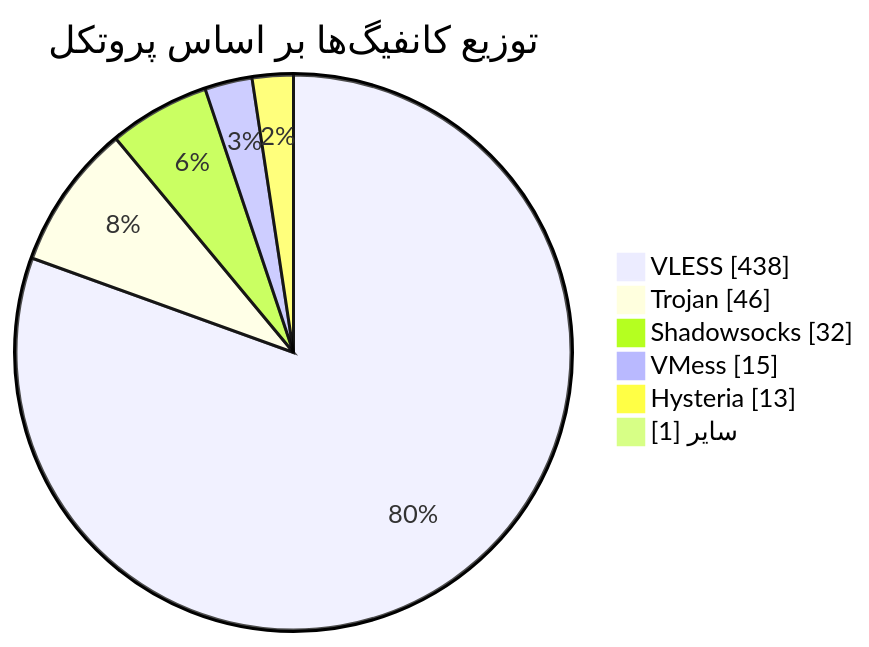
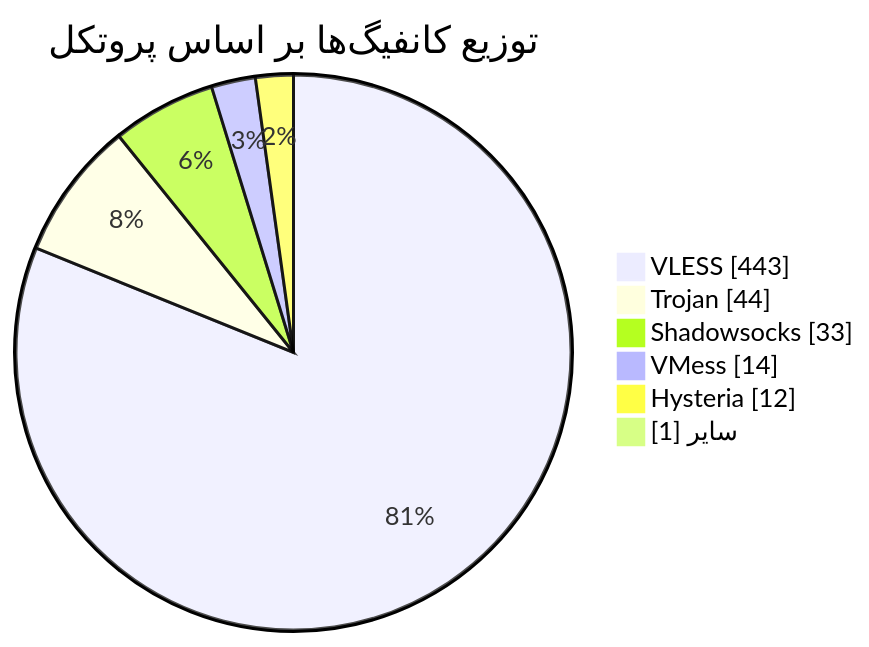
One commit to Arian-Alijani/Somthing changed the diagram in README.md. Above: the diagram before and after it, drawn with Mermaid. The commit also changed other lines of this file and 63 other files, not shown here.

````diff
--- a/README.md
+++ b/README.md
@@ -48,10 +48,10 @@
 ```mermaid
 pie showData
     title توزیع کانفیگ‌ها بر اساس پروتکل
-    "VLESS" : 438
-    "Trojan" : 46
-    "Shadowsocks" : 32
-    "VMess" : 15
-    "Hysteria" : 13
+    "VLESS" : 443
+    "Trojan" : 44
+    "Shadowsocks" : 33
+    "VMess" : 14
+    "Hysteria" : 12
     "سایر" : 1
 ```
````
